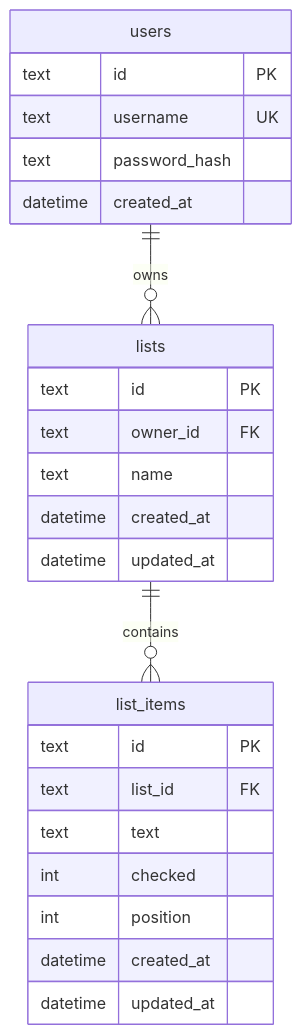
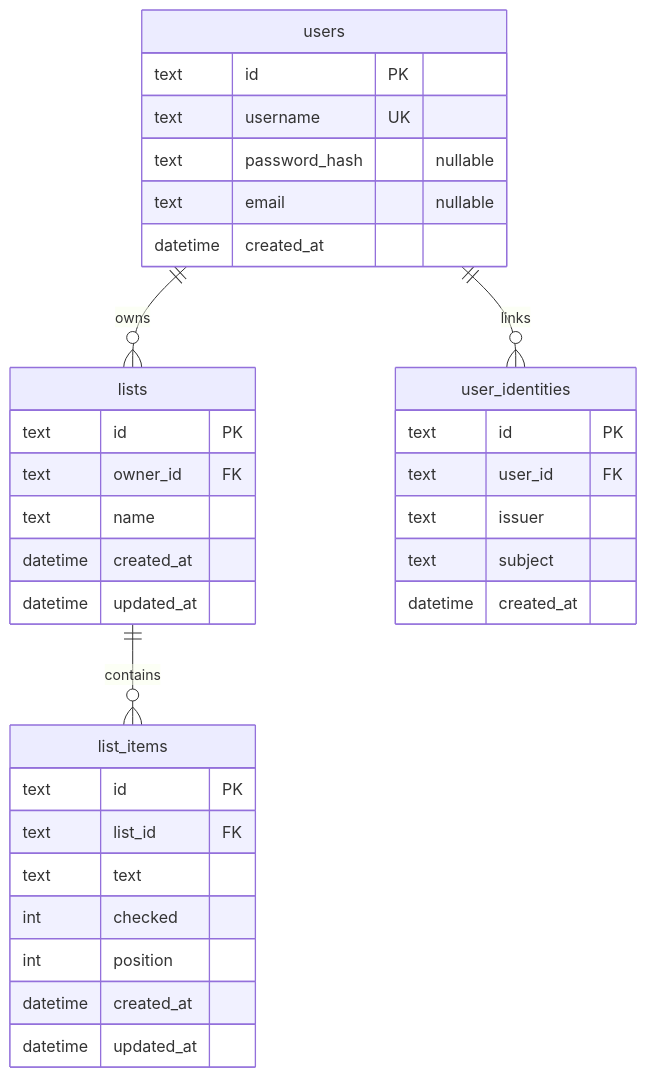
One commit to Xeiverse/Genesis-Lists changed the diagram in docs/03-data-model.md. Above: the diagram before and after it, drawn with Mermaid. The commit also changed other lines of this file and 13 other files, not shown here.

````diff
--- a/docs/03-data-model.md
+++ b/docs/03-data-model.md
@@ -5,27 +5,36 @@
 ```mermaid
 erDiagram
   users ||--o{ lists : owns
+  users ||--o{ user_identities : links
   lists ||--o{ list_items : contains
   users {
     text id PK
     text username UK
-    text password_hash
+    text password_hash "nullable"
+    text email "nullable"
+    datetime created_at
+  }
+  user_identities {
+    text id PK
+    text user_id FK
+    text issuer
+    text subject
     datetime created_at
   }
   lists {
     text id PK
     text owner_id FK
     text name
     datetime created_at
     datetime updated_at
   }
   list_items {
     text id PK
     text list_id FK
     text text
     int checked
     int position
     datetime created_at
     datetime updated_at
   }
 ```
````
